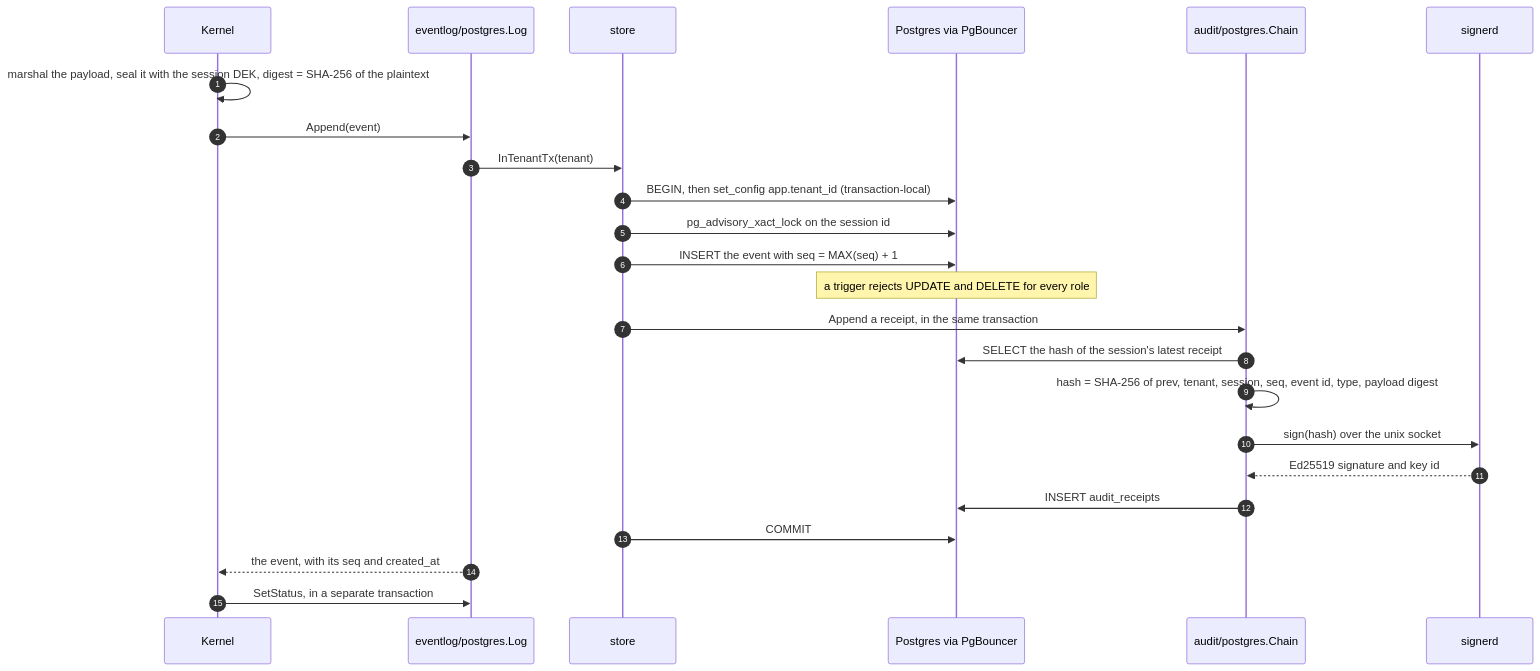
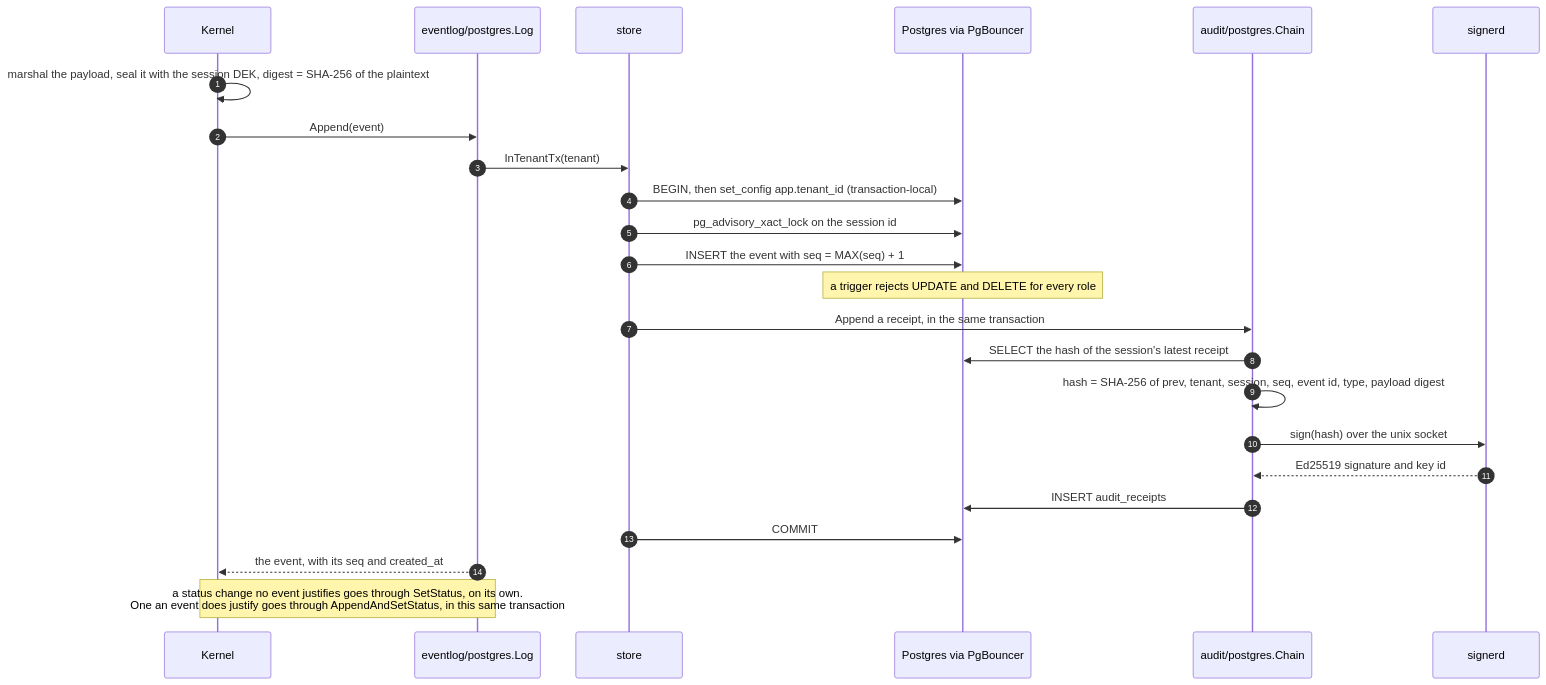
Diagram 15 of 20 in docs/architecture.md (truongpx396/nexus-agent-demo), drawn with Mermaid before and after one commit. The commit also changed other lines of this file and 68 other files, not shown here.

First line of the commit message:
fix: run integrity — one result per tool call, the priced model, live autonomy, durable ceilings, approvals on the queue, atomic status (#130)

````diff
--- a/docs/architecture.md
+++ b/docs/architecture.md
@@ -606,27 +607,27 @@
 ```mermaid
 sequenceDiagram
     autonumber
     participant K as Kernel
     participant L as eventlog/postgres.Log
     participant S as store
     participant PG as Postgres via PgBouncer
     participant C as audit/postgres.Chain
     participant SD as signerd
 
     K->>K: marshal the payload, seal it with the session DEK, digest = SHA-256 of the plaintext
     K->>L: Append(event)
     L->>S: InTenantTx(tenant)
     S->>PG: BEGIN, then set_config app.tenant_id (transaction-local)
     S->>PG: pg_advisory_xact_lock on the session id
     S->>PG: INSERT the event with seq = MAX(seq) + 1
     Note over PG: a trigger rejects UPDATE and DELETE for every role
     S->>C: Append a receipt, in the same transaction
     C->>PG: SELECT the hash of the session's latest receipt
     C->>C: hash = SHA-256 of prev, tenant, session, seq, event id, type, payload digest
     C->>SD: sign(hash) over the unix socket
     SD-->>C: Ed25519 signature and key id
     C->>PG: INSERT audit_receipts
     S->>PG: COMMIT
     L-->>K: the event, with its seq and created_at
-    K->>L: SetStatus, in a separate transaction
+    Note over K,L: a status change no event justifies goes through SetStatus, on its own.<br/>One an event does justify goes through AppendAndSetStatus, in this same transaction
 ```
````
